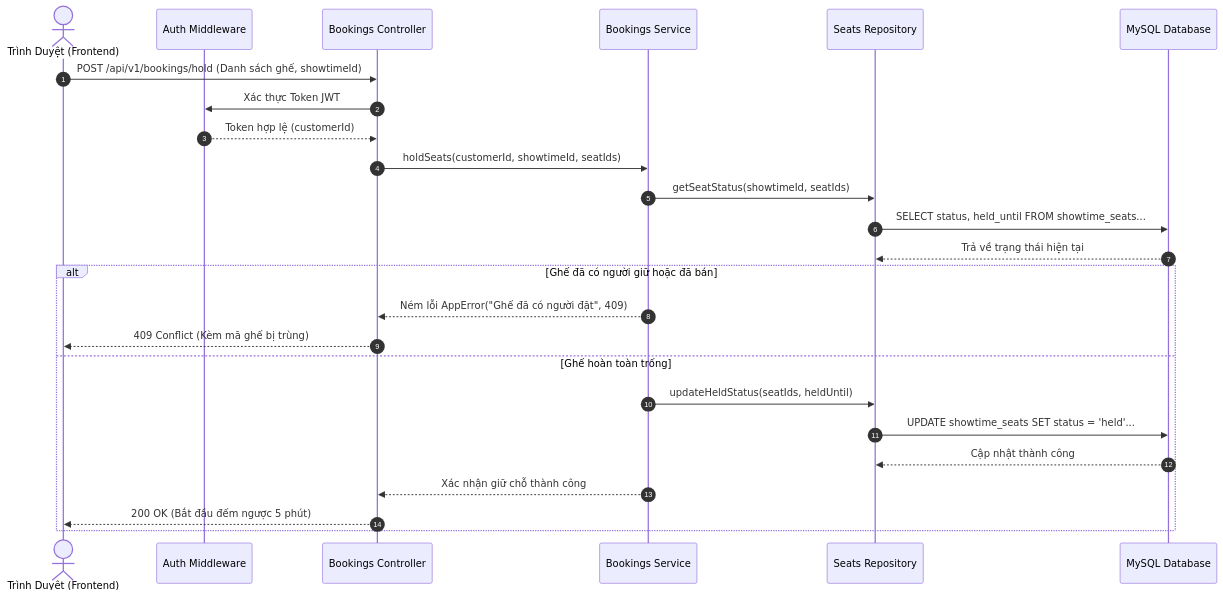
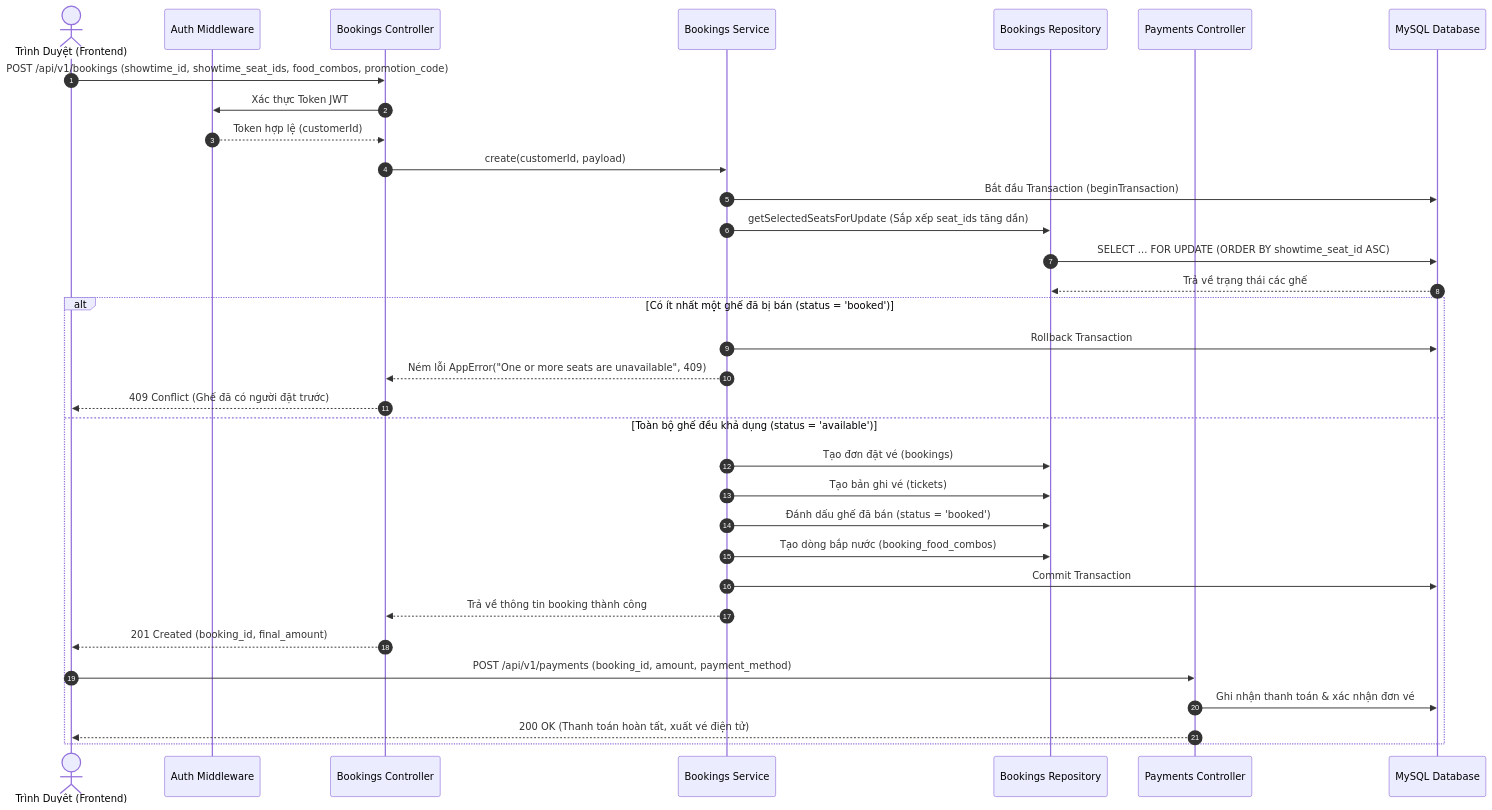
The diagram in cine-vue/backend/README.md (MrEdgarr/Fullstack), drawn with Mermaid before and after one commit. The commit also changed other lines of this file and 15 other files, not shown here.

````diff
--- a/cine-vue/backend/README.md
+++ b/cine-vue/backend/README.md
@@ -114,30 +122,39 @@
 ```mermaid
 sequenceDiagram
     autonumber
     actor Client as Trình Duyệt (Frontend)
     participant Auth as Auth Middleware
     participant BookingCtrl as Bookings Controller
     participant BookingSvc as Bookings Service
-    participant SeatRepo as Seats Repository
+    participant BookingRepo as Bookings Repository
+    participant PaymentCtrl as Payments Controller
     participant DB as MySQL Database
 
-    Client->>BookingCtrl: POST /api/v1/bookings/hold (Danh sách ghế, showtimeId)
+    Client->>BookingCtrl: POST /api/v1/bookings (showtime_id, showtime_seat_ids, food_combos, promotion_code)
     BookingCtrl->>Auth: Xác thực Token JWT
     Auth-->>BookingCtrl: Token hợp lệ (customerId)
-    BookingCtrl->>BookingSvc: holdSeats(customerId, showtimeId, seatIds)
+    BookingCtrl->>BookingSvc: create(customerId, payload)
     
-    BookingSvc->>SeatRepo: getSeatStatus(showtimeId, seatIds)
-    SeatRepo->>DB: SELECT status, held_until FROM showtime_seats...
-    DB-->>SeatRepo: Trả về trạng thái hiện tại
+    BookingSvc->>DB: Bắt đầu Transaction (beginTransaction)
+    BookingSvc->>BookingRepo: getSelectedSeatsForUpdate (Sắp xếp seat_ids tăng dần)
+    BookingRepo->>DB: SELECT ... FOR UPDATE (ORDER BY showtime_seat_id ASC)
+    DB-->>BookingRepo: Trả về trạng thái các ghế
     
-    alt Ghế đã có người giữ hoặc đã bán
-        BookingSvc-->>BookingCtrl: Ném lỗi AppError("Ghế đã có người đặt", 409)
-        BookingCtrl-->>Client: 409 Conflict (Kèm mã ghế bị trùng)
-    else Ghế hoàn toàn trống
-        BookingSvc->>SeatRepo: updateHeldStatus(seatIds, heldUntil)
-        SeatRepo->>DB: UPDATE showtime_seats SET status = 'held'...
-        DB-->>SeatRepo: Cập nhật thành công
-        BookingSvc-->>BookingCtrl: Xác nhận giữ chỗ thành công
-        BookingCtrl-->>Client: 200 OK (Bắt đầu đếm ngược 5 phút)
+    alt Có ít nhất một ghế đã bị bán (status = 'booked')
+        BookingSvc->>DB: Rollback Transaction
+        BookingSvc-->>BookingCtrl: Ném lỗi AppError("One or more seats are unavailable", 409)
+        BookingCtrl-->>Client: 409 Conflict (Ghế đã có người đặt trước)
+    else Toàn bộ ghế đều khả dụng (status = 'available')
+        BookingSvc->>BookingRepo: Tạo đơn đặt vé (bookings)
+        BookingSvc->>BookingRepo: Tạo bản ghi vé (tickets)
+        BookingSvc->>BookingRepo: Đánh dấu ghế đã bán (status = 'booked')
+        BookingSvc->>BookingRepo: Tạo dòng bắp nước (booking_food_combos)
+        BookingSvc->>DB: Commit Transaction
+        BookingSvc-->>BookingCtrl: Trả về thông tin booking thành công
+        BookingCtrl-->>Client: 201 Created (booking_id, final_amount)
+        
+        Client->>PaymentCtrl: POST /api/v1/payments (booking_id, amount, payment_method)
+        PaymentCtrl->>DB: Ghi nhận thanh toán & xác nhận đơn vé
+        PaymentCtrl-->>Client: 200 OK (Thanh toán hoàn tất, xuất vé điện tử)
     end
 ```
````
